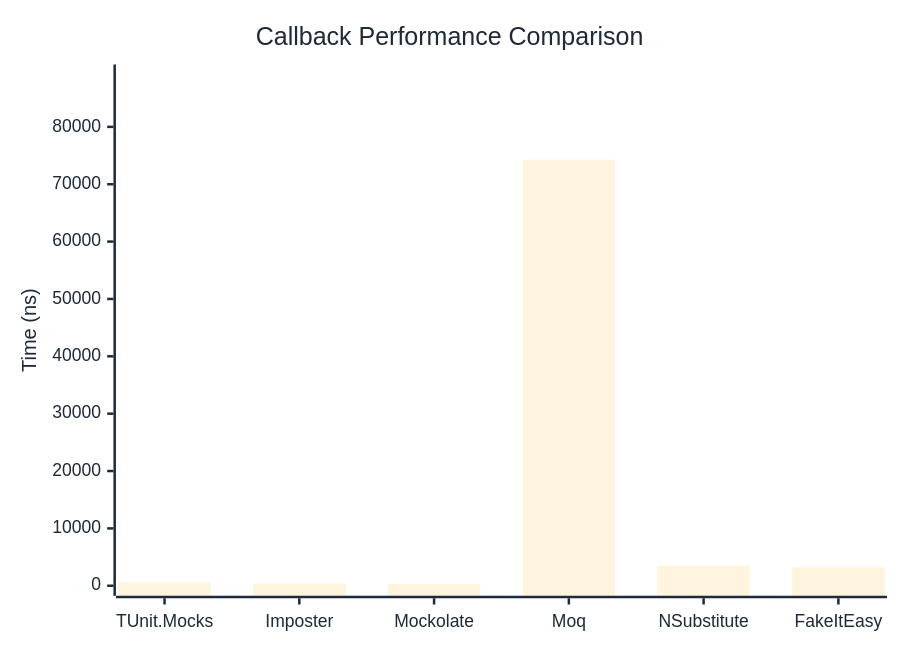
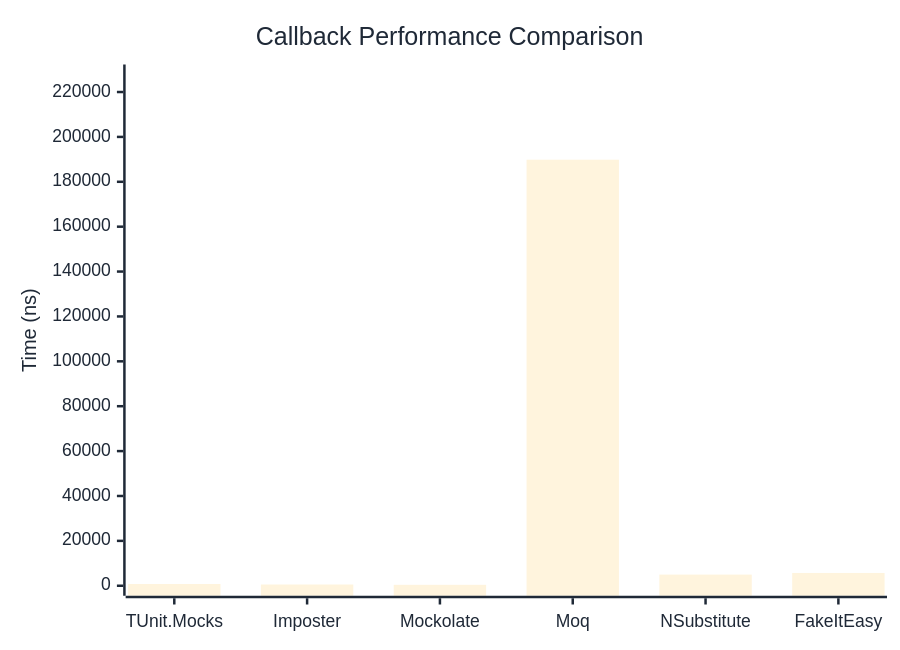
Before and after one commit to thomhurst/TUnit: the first of 2 diagrams in docs/docs/benchmarks/mocks/Callback.md, drawn with Mermaid. The commit also changed other lines of this file and 14 other files, not shown here.

````diff
--- a/docs/docs/benchmarks/mocks/Callback.md
+++ b/docs/docs/benchmarks/mocks/Callback.md
@@ -30,27 +30,27 @@
 ```mermaid
 %%{init: {
   'theme':'base',
   'themeVariables': {
     'primaryColor': '#2563eb',
     'primaryTextColor': '#1f2937',
     'primaryBorderColor': '#1e40af',
     'lineColor': '#6b7280',
     'secondaryColor': '#7c3aed',
     'tertiaryColor': '#dc2626',
     'background': '#ffffff',
     'pie1': '#2563eb',
     'pie2': '#7c3aed',
     'pie3': '#dc2626',
     'pie4': '#f59e0b',
     'pie5': '#10b981',
     'pie6': '#06b6d4',
     'pie7': '#ec4899',
     'pie8': '#6366f1'
   }
 }}%%
 xychart-beta
   title "Callback Performance Comparison"
   x-axis ["TUnit.Mocks", "Imposter", "Mockolate", "Moq", "NSubstitute", "FakeItEasy"]
-  y-axis "Time (ns)" 0 --> 89131
-  bar [582.8, 383.3, 307.7, 74275.2, 3498.1, 3214.4]
+  y-axis "Time (ns)" 0 --> 227807
+  bar [775.5, 553.7, 414.6, 189838.7, 4972.2, 5700.4]
 ```
````
